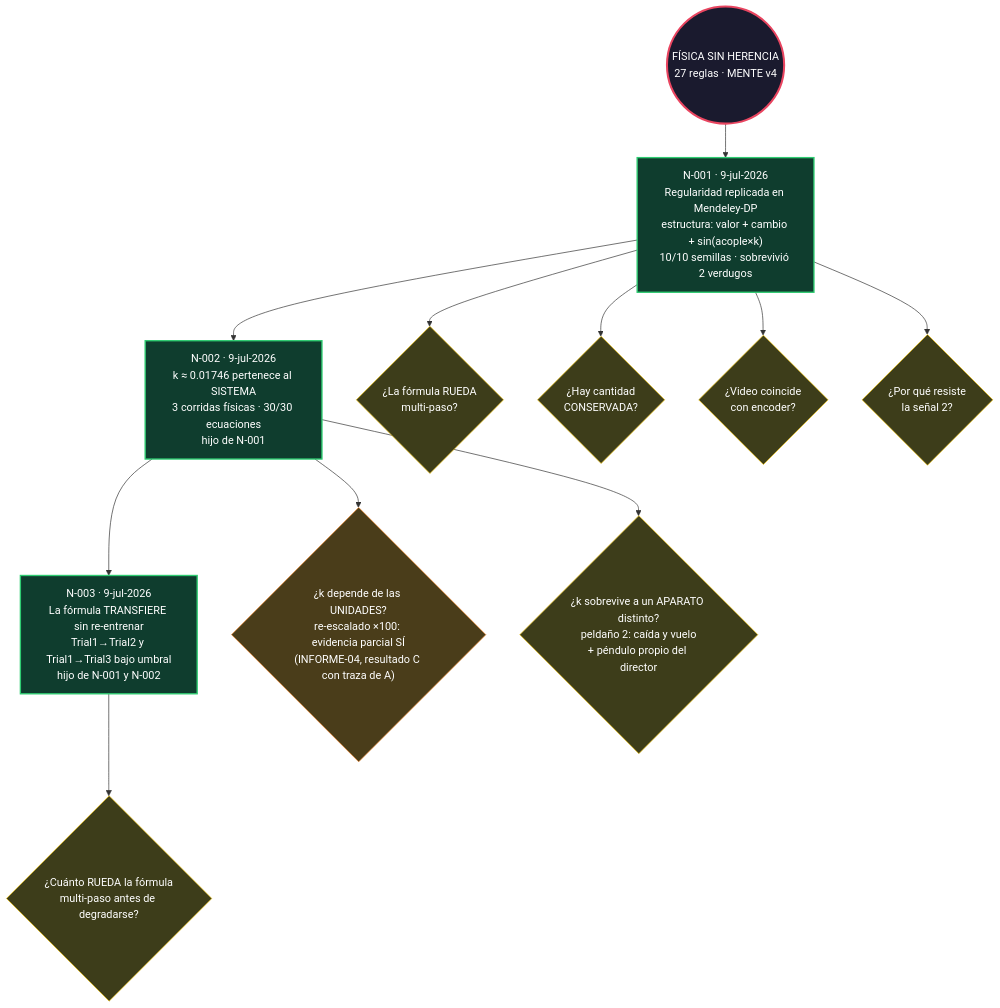
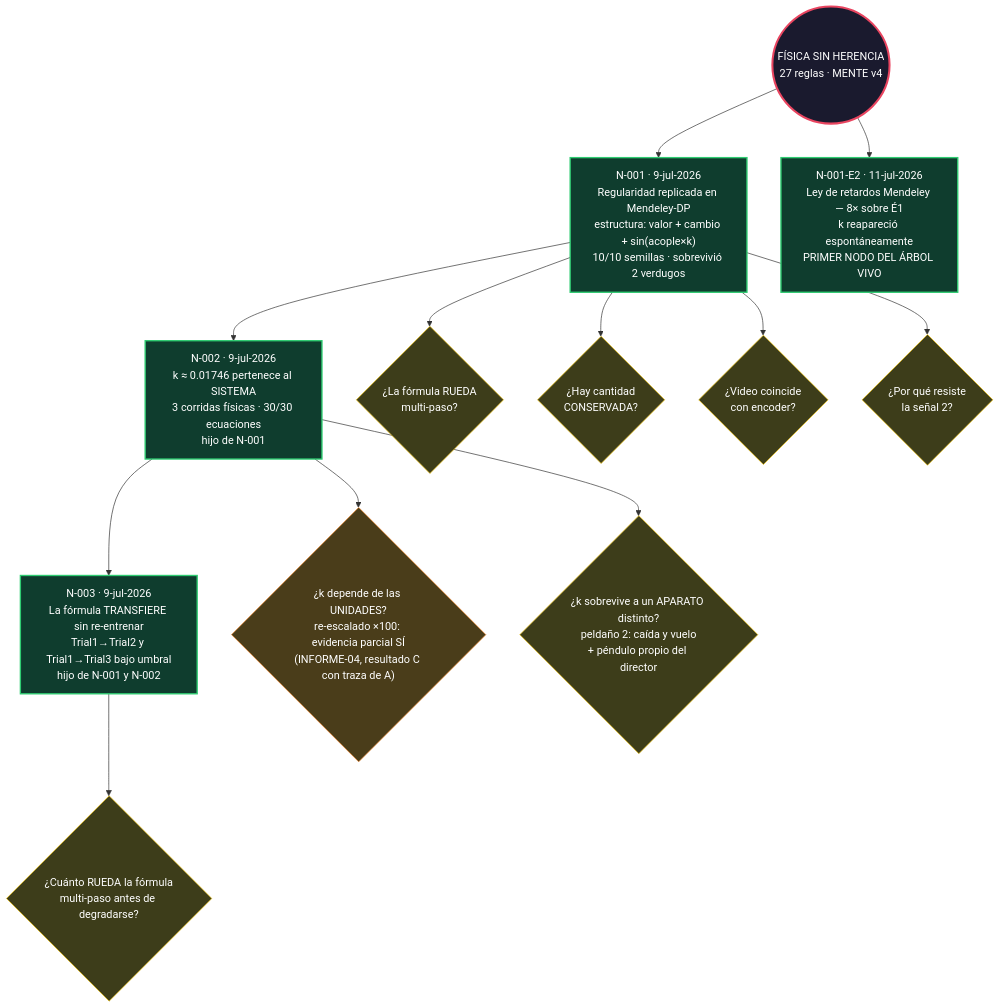
One commit to Leo-BRAVO/fisica-sin-herencia changed the diagram in arbol/ARBOL.md. Above: the diagram before and after it, drawn with Mermaid. The commit also changed 1 other file, not shown here.

Commit message:
E2-N-001 APROBADO — nace el arbol vivo de la Epoca 2 (ley de retardos Mendeley, 8x sobre E1, k reconfirmada); cola lanzada: E2-caida y E2-dp-morpheus en secuencia con tuberia corregida y rivales del arbol

````diff
--- a/arbol/ARBOL.md
+++ b/arbol/ARBOL.md
@@ -6,36 +6,39 @@
 ```mermaid
 graph TD
     RAIZ(("FÍSICA SIN HERENCIA<br/>27 reglas · MENTE v4")):::raiz
 
     N001["N-001 · 9-jul-2026<br/>Regularidad replicada en Mendeley-DP<br/>estructura: valor + cambio + sin(acople×k)<br/>10/10 semillas · sobrevivió 2 verdugos"]:::nodo
     N002["N-002 · 9-jul-2026<br/>k ≈ 0.01746 pertenece al SISTEMA<br/>3 corridas físicas · 30/30 ecuaciones<br/>hijo de N-001"]:::nodo
 
     P1{"¿La fórmula RUEDA<br/>multi-paso?"}:::pregunta
     P3{"¿Hay cantidad<br/>CONSERVADA?"}:::pregunta
     P4{"¿Video coincide<br/>con encoder?"}:::pregunta
     P5{"¿Por qué resiste<br/>la señal 2?"}:::pregunta
 
     N003["N-003 · 9-jul-2026<br/>La fórmula TRANSFIERE sin re-entrenar<br/>Trial1→Trial2 y Trial1→Trial3 bajo umbral<br/>hijo de N-001 y N-002"]:::nodo
 
     Q1{"¿k depende de las UNIDADES?<br/>re-escalado ×100: evidencia parcial SÍ<br/>(INFORME-04, resultado C con traza de A)"}:::parcial
     Q3{"¿k sobrevive a un APARATO distinto?<br/>peldaño 2: caída y vuelo<br/>+ péndulo propio del director"}:::pregunta
     Q4{"¿Cuánto RUEDA la fórmula<br/>multi-paso antes de degradarse?"}:::pregunta
 
+    E2N001["N-001-E2 · 11-jul-2026<br/>Ley de retardos Mendeley — 8× sobre É1<br/>k reapareció espontáneamente<br/>PRIMER NODO DEL ÁRBOL VIVO"]:::nodo
+
+    RAIZ --> E2N001
     RAIZ --> N001
     N001 --> N002
     N001 --> P1
     N001 --> P3
     N001 --> P4
     N001 --> P5
     N002 --> Q1
     N002 --> N003
     N002 --> Q3
     N003 --> Q4
 
     classDef parcial fill:#4a3d1a,stroke:#e67e22,color:#fff
 
     classDef raiz fill:#1a1a2e,stroke:#e94560,color:#fff,stroke-width:3px
     classDef nodo fill:#0f3d2e,stroke:#2ecc71,color:#fff,stroke-width:2px
     classDef pregunta fill:#3d3d1a,stroke:#f1c40f,color:#fff
     classDef encurso fill:#2c2c54,stroke:#818cf8,color:#fff,stroke-dasharray: 5 5
 ```
````
